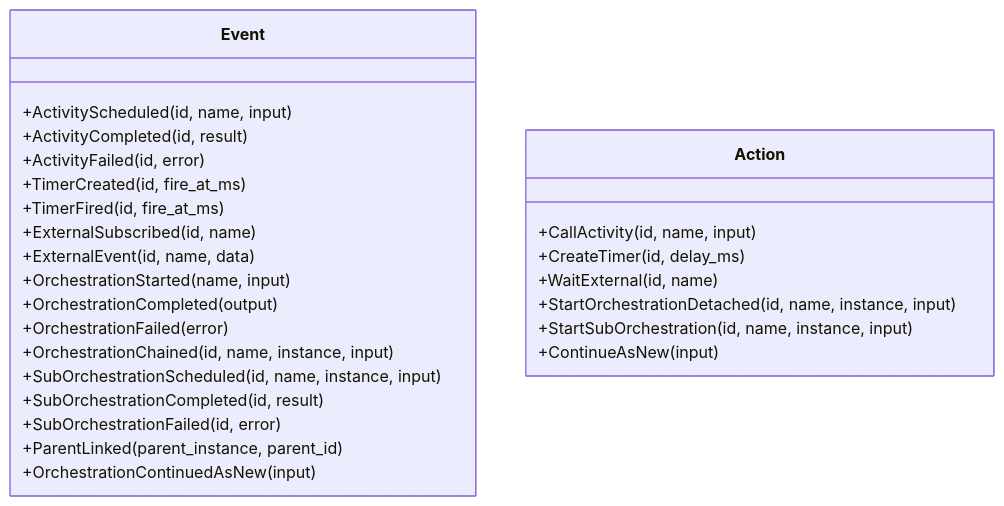
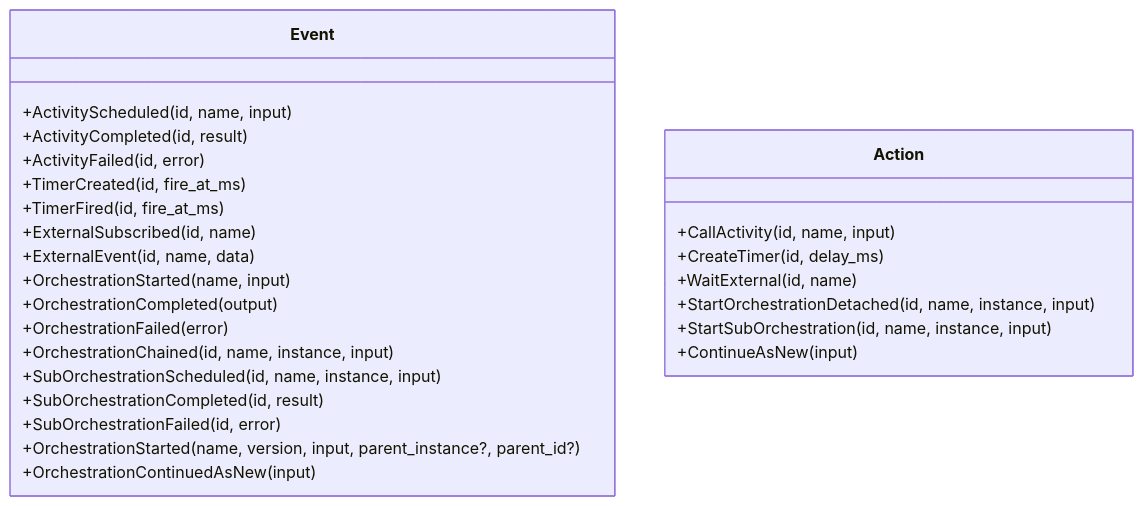
Before and after one commit to affandar/duroxide: the second of 3 diagrams in docs/architecture.md, drawn with Mermaid. The commit also changed 14 other files, not shown here.

Commit message:
refactor(history): embed version+parent in OrchestrationStarted; remove provider metadata; pin-from-history on replay; cancel on missing pinned version; remove ParentLinked; add get_orchestration_descriptor API; update docs and tests

````diff
--- a/docs/architecture.md
+++ b/docs/architecture.md
@@ -32,30 +32,30 @@
 ```mermaid
 classDiagram
     class Event {
       +ActivityScheduled(id, name, input)
       +ActivityCompleted(id, result)
       +ActivityFailed(id, error)
       +TimerCreated(id, fire_at_ms)
       +TimerFired(id, fire_at_ms)
       +ExternalSubscribed(id, name)
       +ExternalEvent(id, name, data)
       +OrchestrationStarted(name, input)
       +OrchestrationCompleted(output)
       +OrchestrationFailed(error)
       +OrchestrationChained(id, name, instance, input)
       +SubOrchestrationScheduled(id, name, instance, input)
       +SubOrchestrationCompleted(id, result)
       +SubOrchestrationFailed(id, error)
-      +ParentLinked(parent_instance, parent_id)
+      +OrchestrationStarted(name, version, input, parent_instance?, parent_id?)
       +OrchestrationContinuedAsNew(input)
     }
 
     class Action {
       +CallActivity(id, name, input)
       +CreateTimer(id, delay_ms)
       +WaitExternal(id, name)
       +StartOrchestrationDetached(id, name, instance, input)
       +StartSubOrchestration(id, name, instance, input)
       +ContinueAsNew(input)
     }
 ```
````
